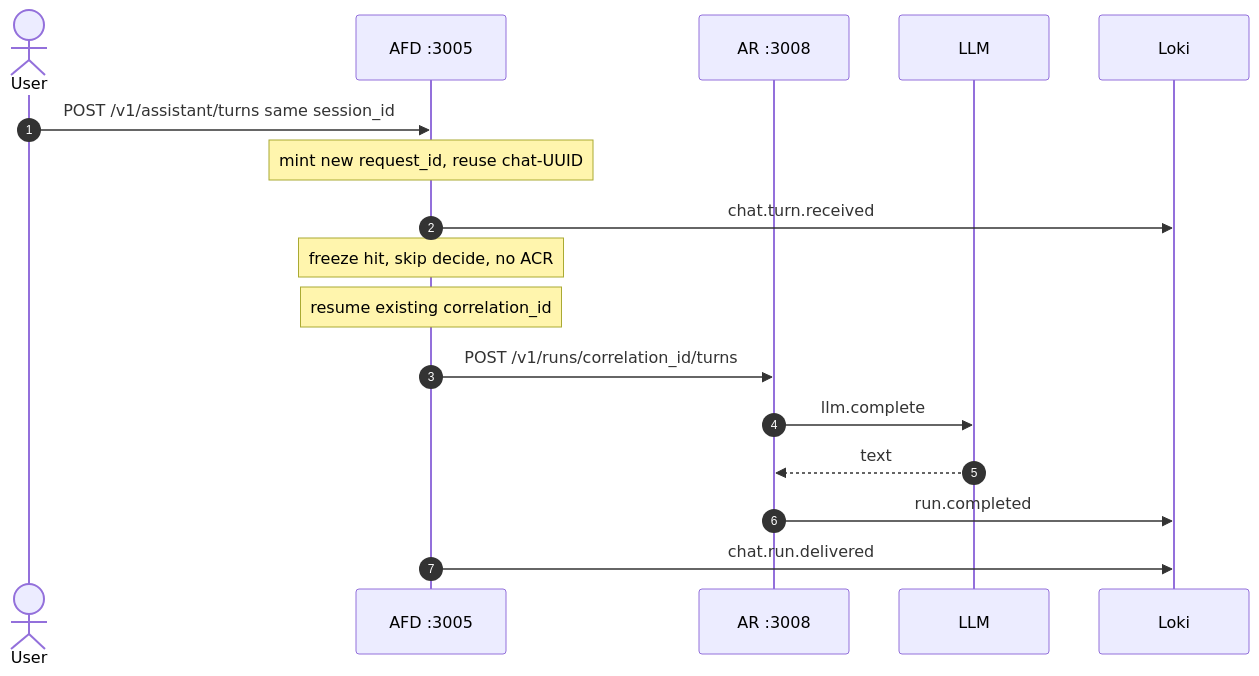
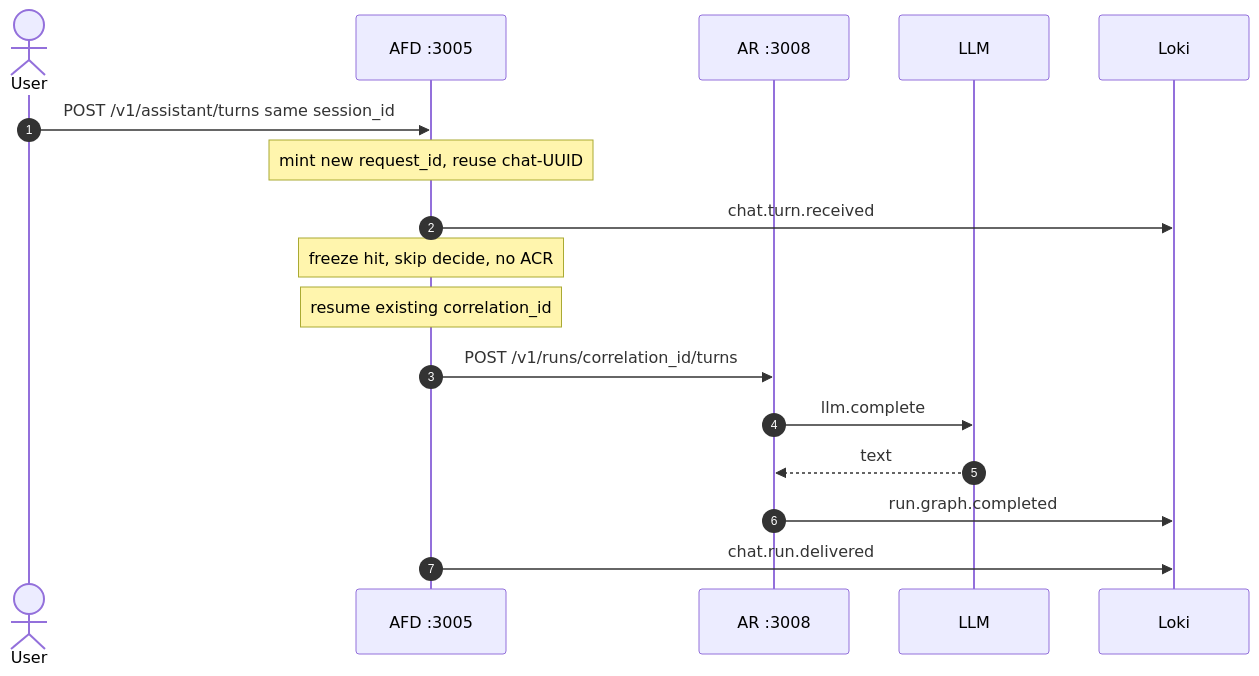
Before and after one commit to iamsharmajitender/enterprise-agent-fabric: the fourth of 6 diagrams in agent-fabric-docs/02-understand/ids.md, drawn with Mermaid. The commit also changed other lines of this file and 7 other files, not shown here.

````diff
--- a/agent-fabric-docs/02-understand/ids.md
+++ b/agent-fabric-docs/02-understand/ids.md
@@ -222,20 +222,20 @@
 ```mermaid
 sequenceDiagram
   autonumber
   actor User
   participant AFD as AFD :3005
   participant AR as AR :3008
   participant LLM as LLM
   participant Loki as Loki
 
   User->>AFD: POST /v1/assistant/turns same session_id
   Note over AFD: mint new request_id, reuse chat-UUID
   AFD->>Loki: chat.turn.received
   Note over AFD: freeze hit, skip decide, no ACR
   Note over AFD: resume existing correlation_id
   AFD->>AR: POST /v1/runs/correlation_id/turns
   AR->>LLM: llm.complete
   LLM-->>AR: text
-  AR->>Loki: run.completed
+  AR->>Loki: run.graph.completed
   AFD->>Loki: chat.run.delivered
 ```
````
